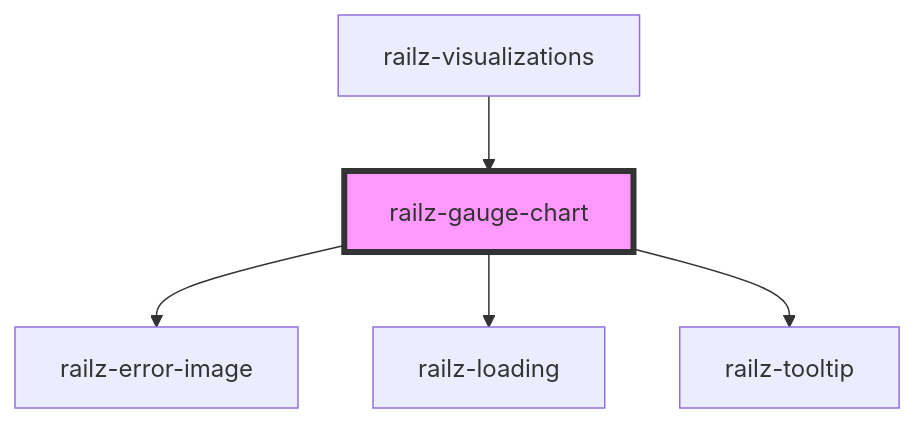
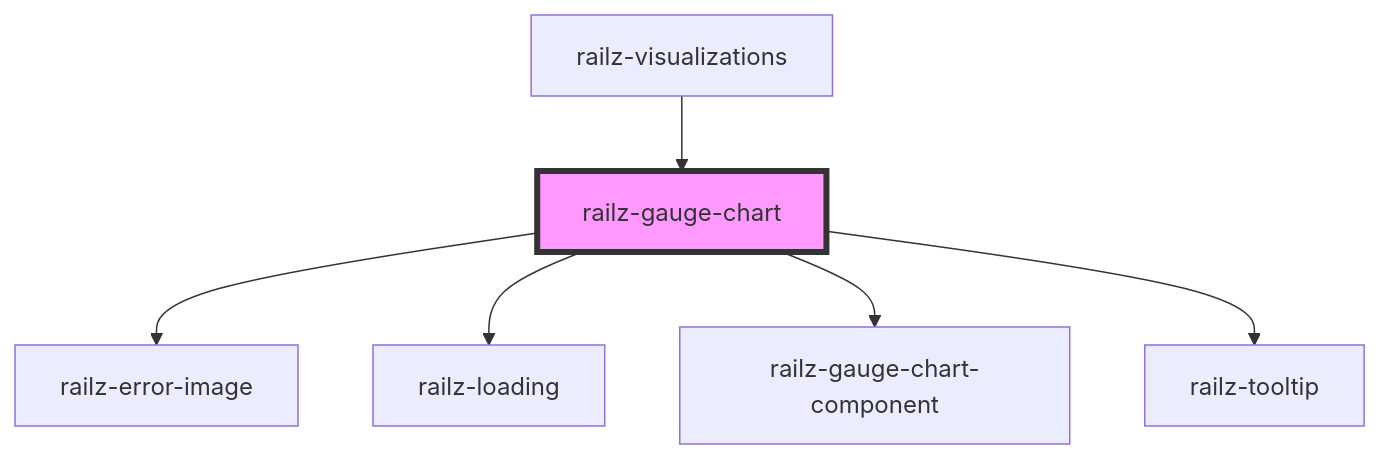
One commit to railz-ai/railz-visualizations changed the diagram in packages/components/src/elements/gauge-chart/readme.md. Above: the diagram before and after it, drawn with Mermaid. The commit also changed other lines of this file and 14 other files, not shown here.

````diff
--- a/packages/components/src/elements/gauge-chart/readme.md
+++ b/packages/components/src/elements/gauge-chart/readme.md
@@ -27,8 +28,9 @@
 ```mermaid
 graph TD;
   railz-gauge-chart --> railz-error-image
   railz-gauge-chart --> railz-loading
+  railz-gauge-chart --> railz-gauge-chart-component
   railz-gauge-chart --> railz-tooltip
   railz-visualizations --> railz-gauge-chart
   style railz-gauge-chart fill:#f9f,stroke:#333,stroke-width:4px
 ```
````
